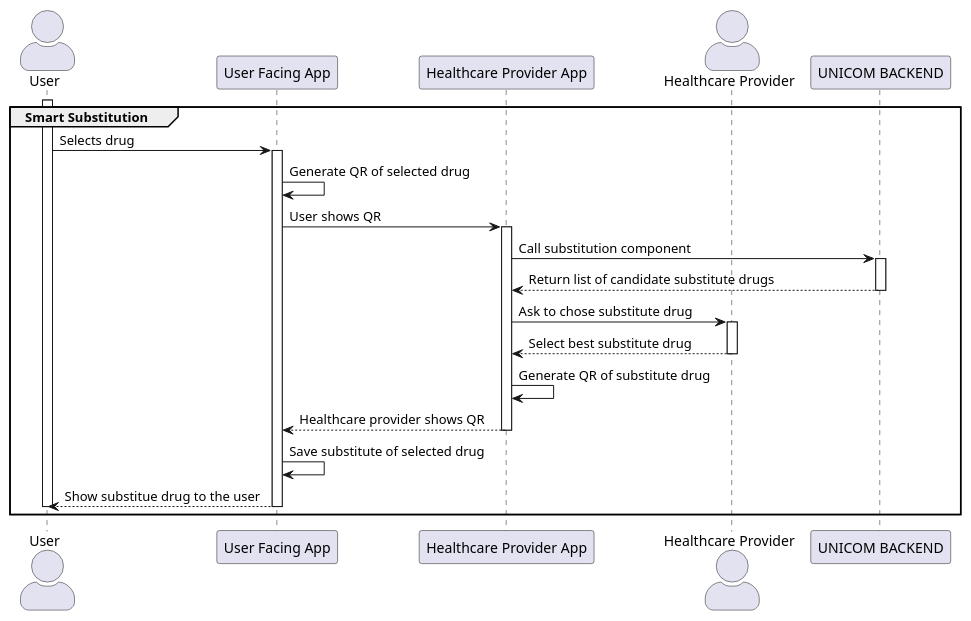
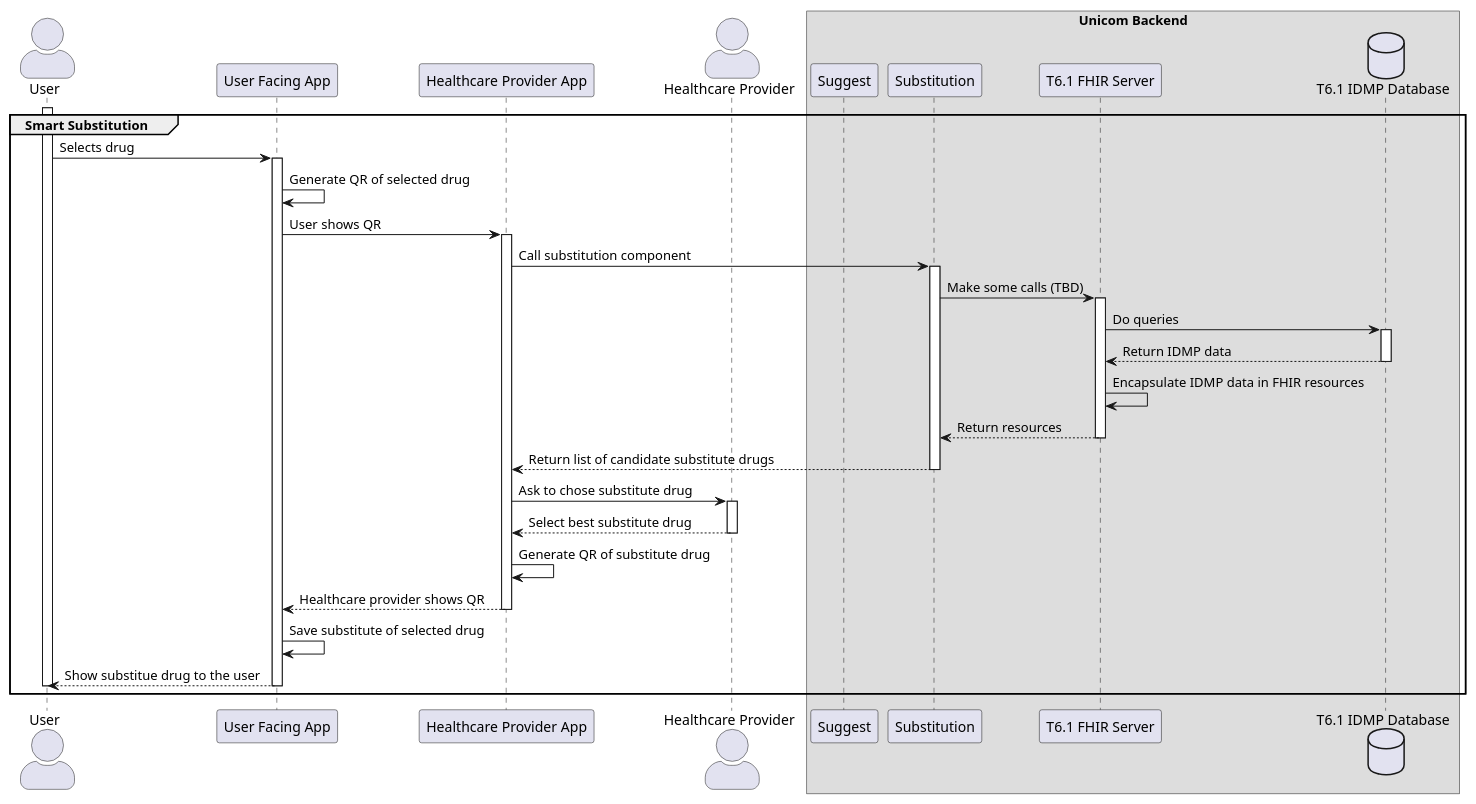
Before and after one commit to unicom-project-eu/wp6-db-api: the diagram in uml/sequence/sequence.puml, drawn with PlantUML.

Commit message:
Decomposed Unicom Backend into its components

```diff
--- a/uml/sequence/sequence.puml
+++ b/uml/sequence/sequence.puml
@@ -1,43 +1,61 @@
 @startuml
 skinparam actorStyle awesome
 
 actor User as user
 
 participant "User Facing App" as user_app
 
 participant "Healthcare Provider App" as provider_app
  
 actor "Healthcare Provider" as provider
 
-participant "UNICOM BACKEND" as backend
+box "Unicom Backend"
+    participant "Suggest" as suggest
+    participant "Substitution" as substitution
+    participant "T6.1 FHIR Server" as fhir
+    database "T6.1 IDMP Database" as db
+end box
 
 group Smart Substitution
     activate user
     user -> user_app : Selects drug
         activate user_app
             user_app -> user_app : Generate QR of selected drug
             user_app -> provider_app : User shows QR
 
             activate provider_app
-                provider_app -> backend : Call substitution component
+                provider_app -> substitution : Call substitution component
+                                
+                activate substitution
+                    substitution -> fhir : Make some calls (TBD)
 
-                activate backend
-                    backend --> provider_app : Return list of candidate substitute drugs
-                deactivate backend
+                    activate fhir
+                        fhir -> db : Do queries
+                        activate db
+                            db --> fhir : Return IDMP data
+                        deactivate db
+
+                        fhir -> fhir : Encapsulate IDMP data in FHIR resources
+
+                        fhir --> substitution : Return resources
+                    deactivate fhir
+
+                    substitution --> provider_app : Return list of candidate substitute drugs
+                deactivate substitution
 
                 provider_app -> provider : Ask to chose substitute drug
                 activate provider
                     provider --> provider_app : Select best substitute drug
                 deactivate provider
 
                 provider_app -> provider_app : Generate QR of substitute drug
                 provider_app --> user_app : Healthcare provider shows QR
             deactivate provider_app
 
             user_app -> user_app : Save substitute of selected drug
             user_app --> user : Show substitue drug to the user
         deactivate user_app
     deactivate user
 end
 
 @enduml
```
